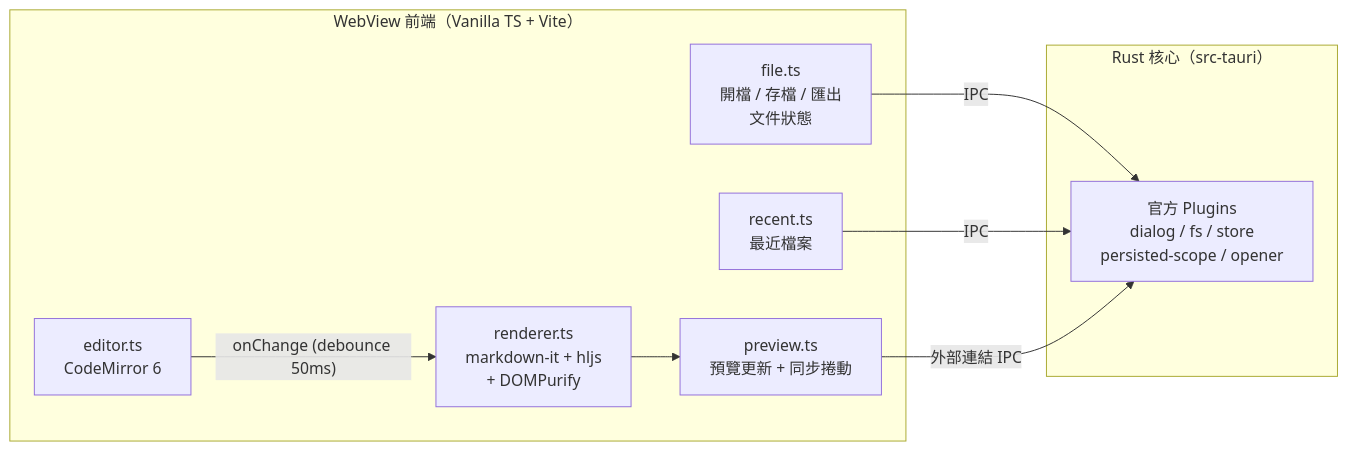
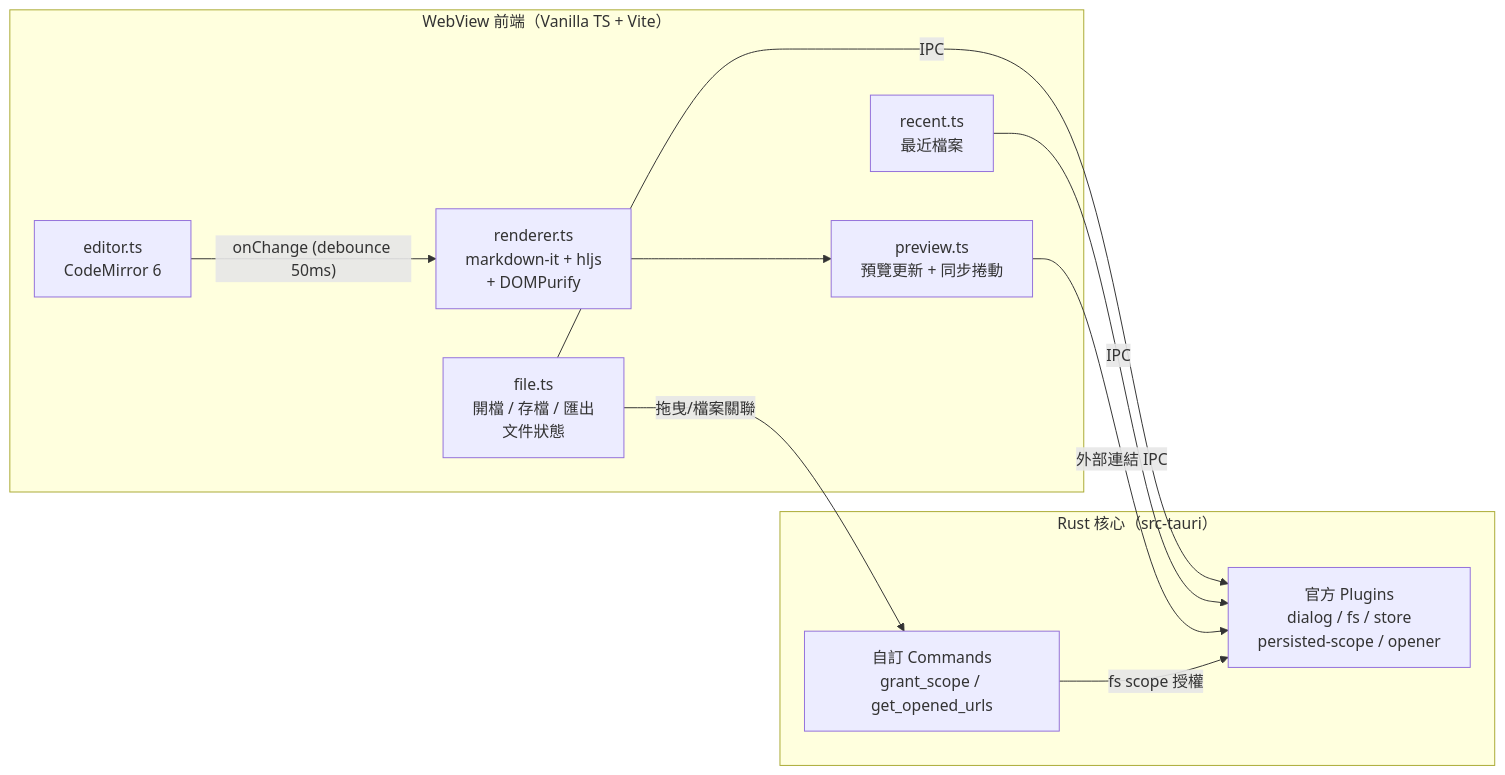
Before and after one commit to is90057/plume: the diagram in README.md, drawn with Mermaid. The commit also changed other lines of this file and 3 other files, not shown here.

````diff
--- a/README.md
+++ b/README.md
@@ -27,18 +29,21 @@
 ```mermaid
 flowchart LR
     subgraph Frontend["WebView 前端（Vanilla TS + Vite）"]
         Editor["editor.ts<br/>CodeMirror 6"]
         Renderer["renderer.ts<br/>markdown-it + hljs<br/>+ DOMPurify"]
         Preview["preview.ts<br/>預覽更新 + 同步捲動"]
         File["file.ts<br/>開檔 / 存檔 / 匯出<br/>文件狀態"]
         Recent["recent.ts<br/>最近檔案"]
     end
     subgraph Rust["Rust 核心（src-tauri）"]
         Plugins["官方 Plugins<br/>dialog / fs / store<br/>persisted-scope / opener"]
+        Commands["自訂 Commands<br/>grant_scope / get_opened_urls"]
     end
     Editor -- "onChange (debounce 50ms)" --> Renderer
     Renderer --> Preview
     File -- IPC --> Plugins
     Recent -- IPC --> Plugins
     Preview -- "外部連結 IPC" --> Plugins
+    File -- "拖曳/檔案關聯" --> Commands
+    Commands -- "fs scope 授權" --> Plugins
 ```
````
